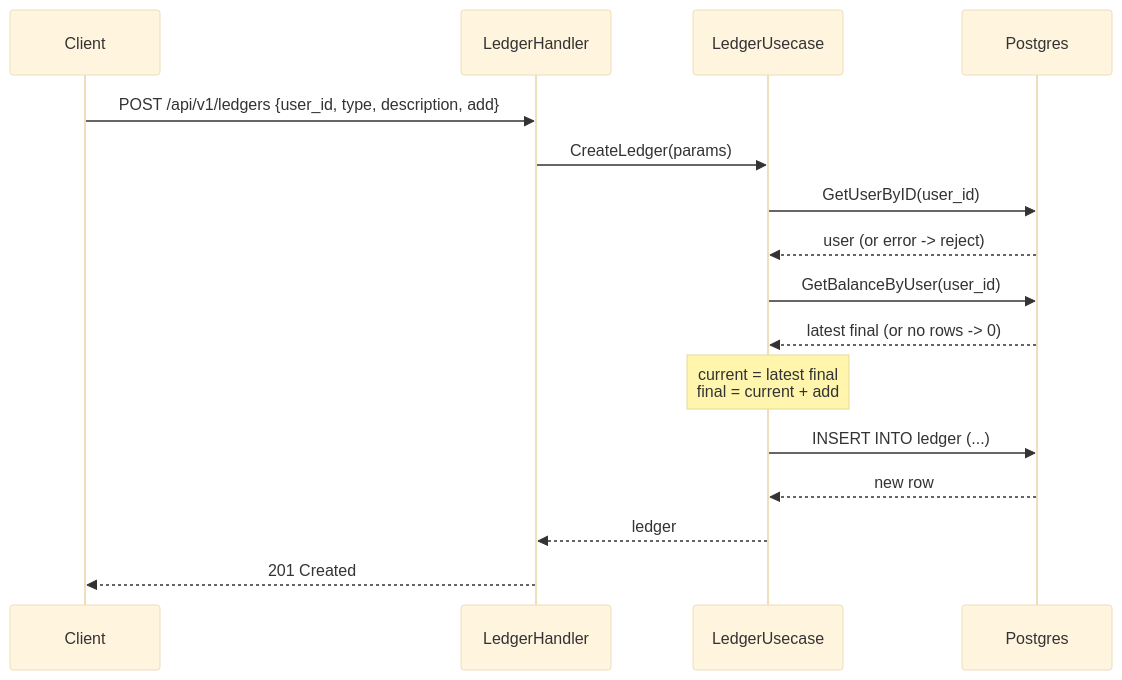
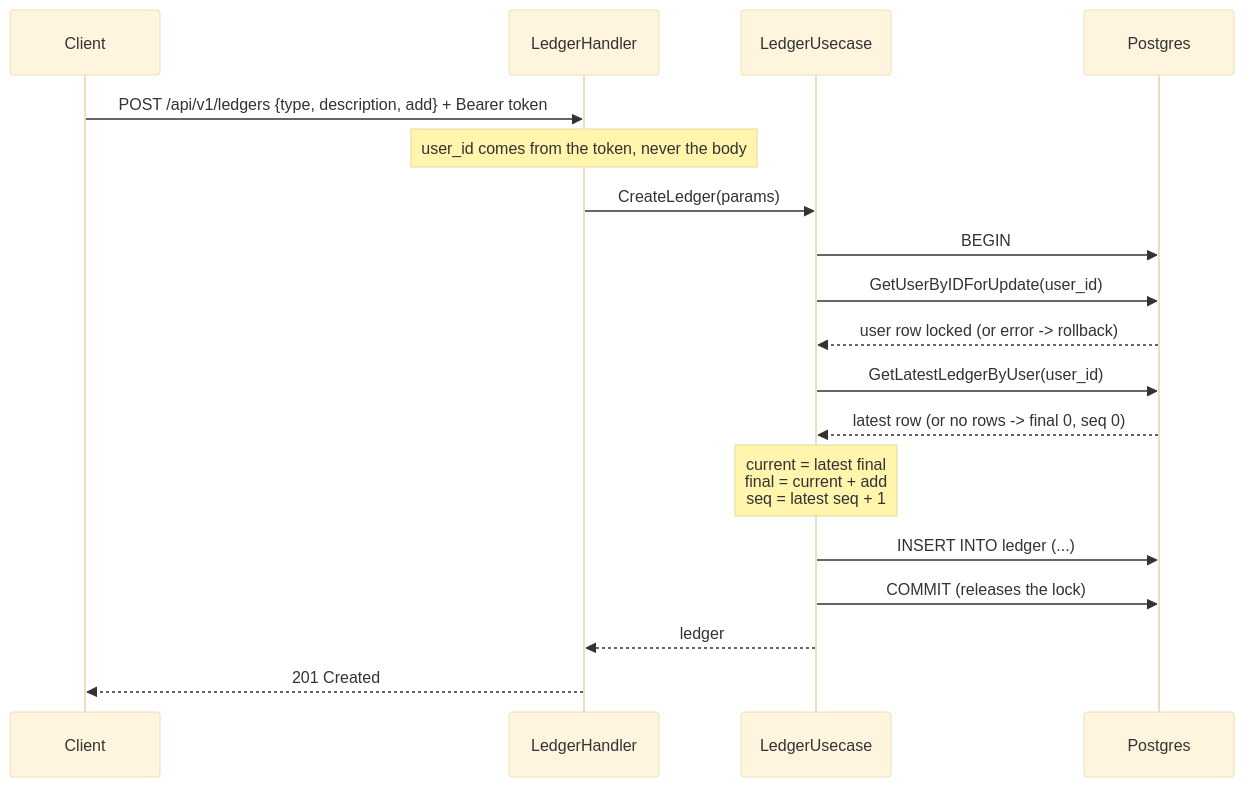
One commit to YungBenn/balance-ledger-database-design changed the second of 2 diagrams in README.md. Above: the diagram before and after it, drawn with Mermaid (base theme). The commit also changed other lines of this file and 24 other files, not shown here.

````diff
--- a/README.md
+++ b/README.md
@@ -119,19 +123,21 @@
 ```mermaid
 sequenceDiagram
     participant C as Client
     participant H as LedgerHandler
     participant U as LedgerUsecase
     participant DB as Postgres
 
-    C->>H: POST /api/v1/ledgers {user_id, type, description, add}
+    C->>H: POST /api/v1/ledgers {type, description, add} + Bearer token
+    Note over H: user_id comes from the token, never the body
     H->>U: CreateLedger(params)
-    U->>DB: GetUserByID(user_id)
-    DB-->>U: user (or error -> reject)
-    U->>DB: GetBalanceByUser(user_id)
-    DB-->>U: latest final (or no rows -> 0)
-    Note over U: current = latest final<br/>final = current + add
+    U->>DB: BEGIN
+    U->>DB: GetUserByIDForUpdate(user_id)
+    DB-->>U: user row locked (or error -> rollback)
+    U->>DB: GetLatestLedgerByUser(user_id)
+    DB-->>U: latest row (or no rows -> final 0, seq 0)
+    Note over U: current = latest final<br/>final = current + add<br/>seq = latest seq + 1
     U->>DB: INSERT INTO ledger (...)
-    DB-->>U: new row
+    U->>DB: COMMIT (releases the lock)
     U-->>H: ledger
     H-->>C: 201 Created
 ```
````
